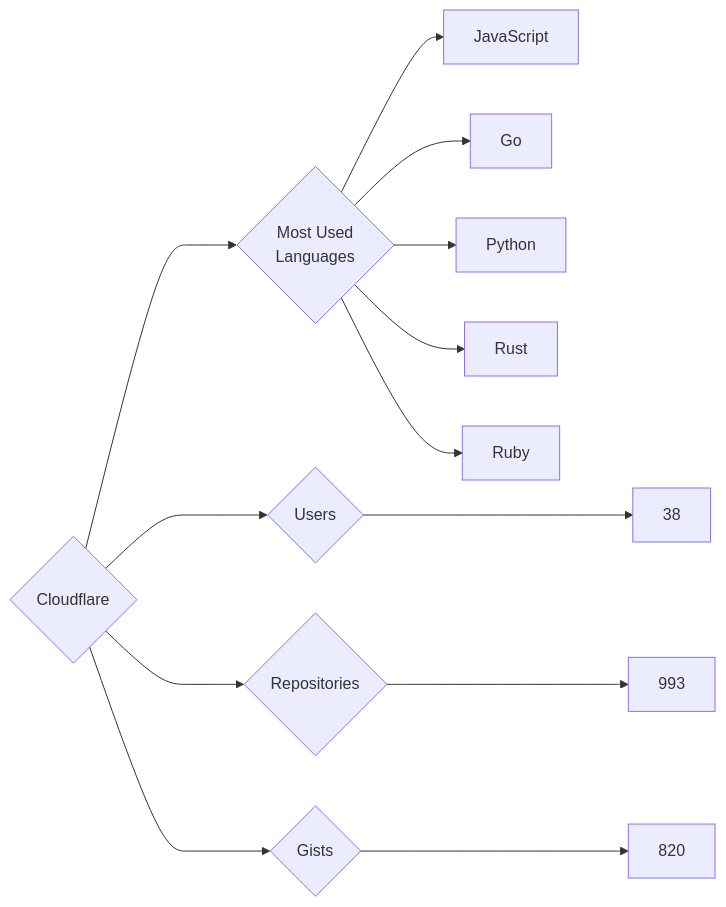
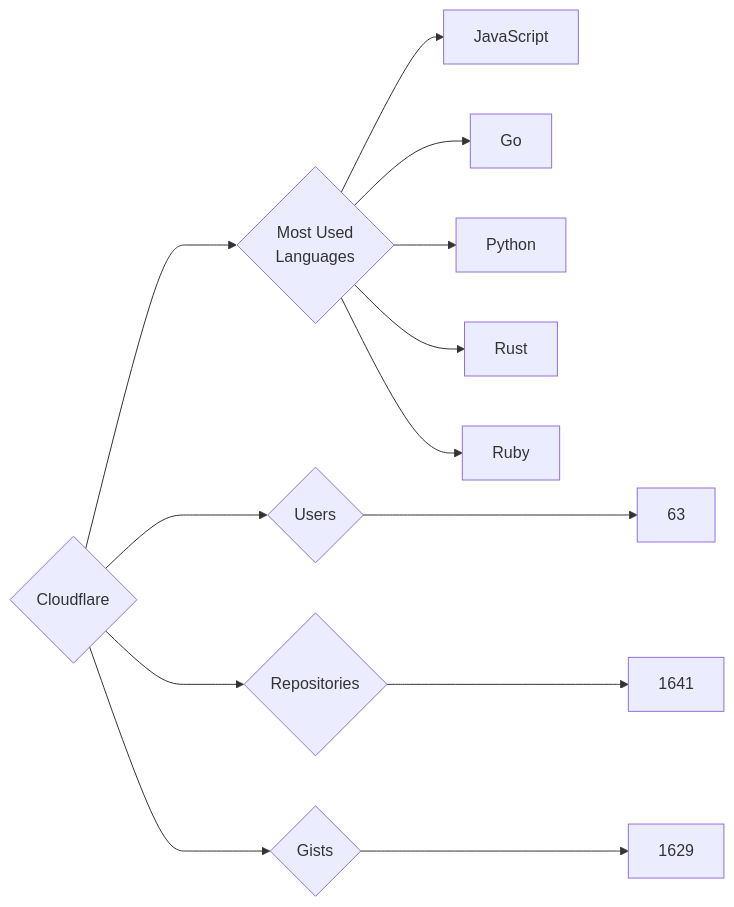
One commit to trickest/insiders changed the diagram in targets/Cloudflare/README.md. Above: the diagram before and after it, drawn with Mermaid. The commit also changed 935 other files, not shown here.

````diff
--- a/targets/Cloudflare/README.md
+++ b/targets/Cloudflare/README.md
@@ -3,13 +3,13 @@
 ```mermaid
 graph LR
 COMPANY_NAME{Cloudflare}
-COMPANY_NAME ---> U{Users} ---> UN[38]
-COMPANY_NAME ---> R{Repositories} ---> RN[993]
-COMPANY_NAME ---> G{Gists} ---> GN[820]
+COMPANY_NAME ---> U{Users} ---> UN[63]
+COMPANY_NAME ---> R{Repositories} ---> RN[1641]
+COMPANY_NAME ---> G{Gists} ---> GN[1629]
 COMPANY_NAME ---> ML{Most Used<br>Languages}
 ML --> JavaScript[JavaScript]
 ML --> Go[Go]
 ML --> Python[Python]
 ML --> Rust[Rust]
 ML --> Ruby[Ruby]
 ```
````
